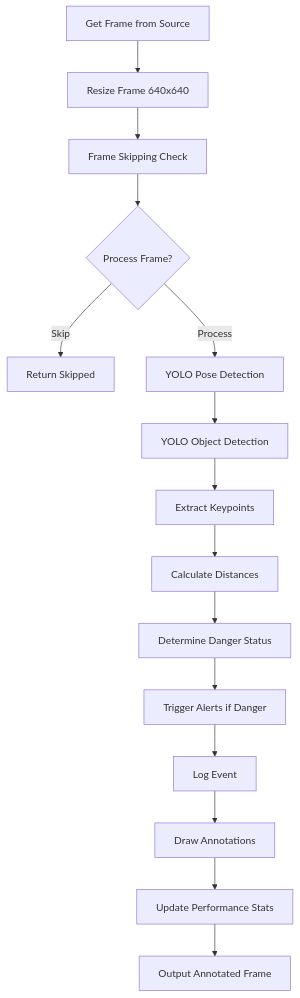
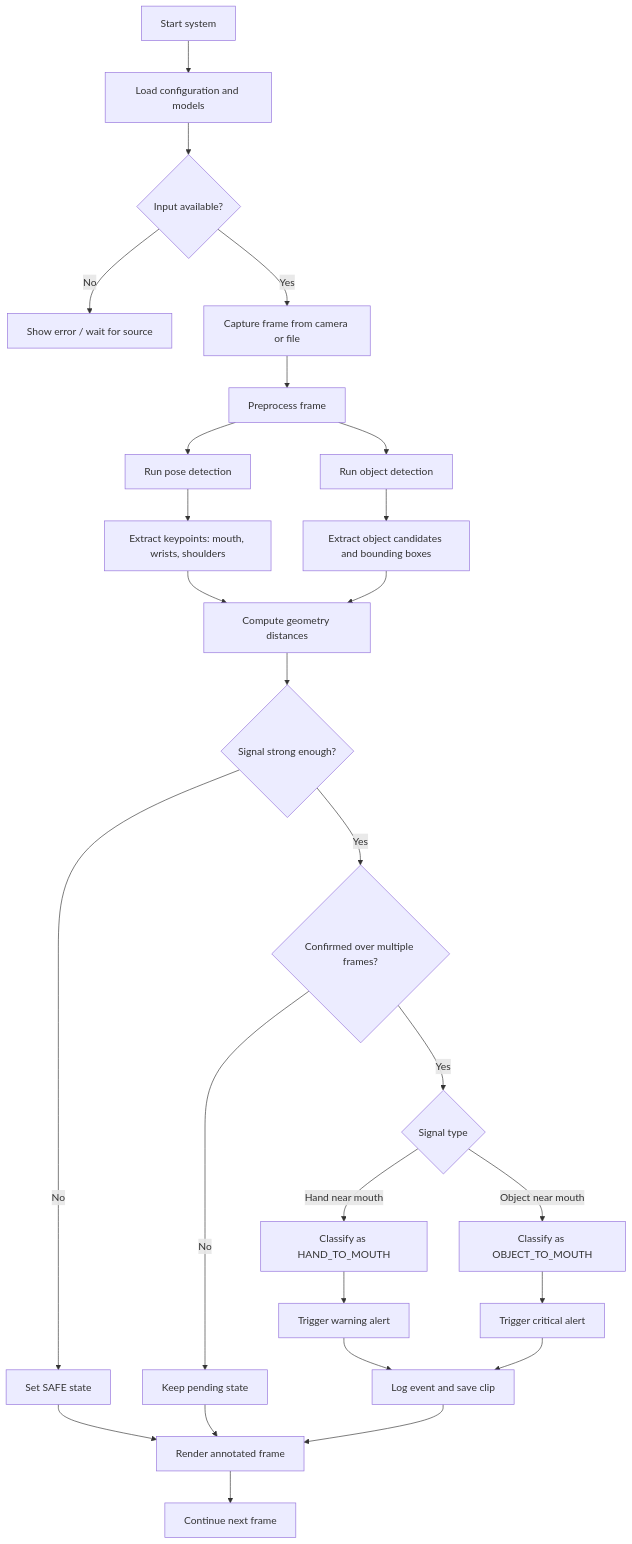
One commit to thainghia244/babywatcher changed the diagram in WORKFLOW.md. Above: the diagram before and after it, drawn with Mermaid. The commit also changed other lines of this file and 1 other file, not shown here.

Commit message:
Add detailed workflow flowchart and update full thesis report

````diff
--- a/WORKFLOW.md
+++ b/WORKFLOW.md
@@ -64,17 +20,29 @@
 ```mermaid
-graph TD
-    A[Get Frame from Source] --> B[Resize Frame 640x640]
-    B --> C[Frame Skipping Check]
-    C --> D{Process Frame?}
-    D -->|Skip| E[Return Skipped]
-    D -->|Process| F[YOLO Pose Detection]
-    F --> G[YOLO Object Detection]
-    G --> H[Extract Keypoints]
-    H --> I[Calculate Distances]
-    I --> J[Determine Danger Status]
-    J --> K[Trigger Alerts if Danger]
-    K --> L[Log Event]
-    L --> M[Draw Annotations]
-    M --> N[Update Performance Stats]
-    N --> O[Output Annotated Frame]
+flowchart TD
+    A[Start system] --> B[Load configuration and models]
+    B --> C{Input available?}
+    C -->|No| C1[Show error / wait for source]
+    C -->|Yes| D[Capture frame from camera or file]
+    D --> E[Preprocess frame]
+    E --> F[Run pose detection]
+    E --> G[Run object detection]
+    F --> H[Extract keypoints: mouth, wrists, shoulders]
+    G --> I[Extract object candidates and bounding boxes]
+    H --> J[Compute geometry distances]
+    I --> J
+    J --> K{Signal strong enough?}
+    K -->|No| L[Set SAFE state]
+    K -->|Yes| M{Confirmed over multiple frames?}
+    M -->|No| N[Keep pending state]
+    M -->|Yes| O{Signal type}
+    O -->|Hand near mouth| P[Classify as HAND_TO_MOUTH]
+    O -->|Object near mouth| Q[Classify as OBJECT_TO_MOUTH]
+    P --> R[Trigger warning alert]
+    Q --> S[Trigger critical alert]
+    R --> T[Log event and save clip]
+    S --> T
+    L --> U[Render annotated frame]
+    N --> U
+    T --> U
+    U --> V[Continue next frame]
 ```
````
